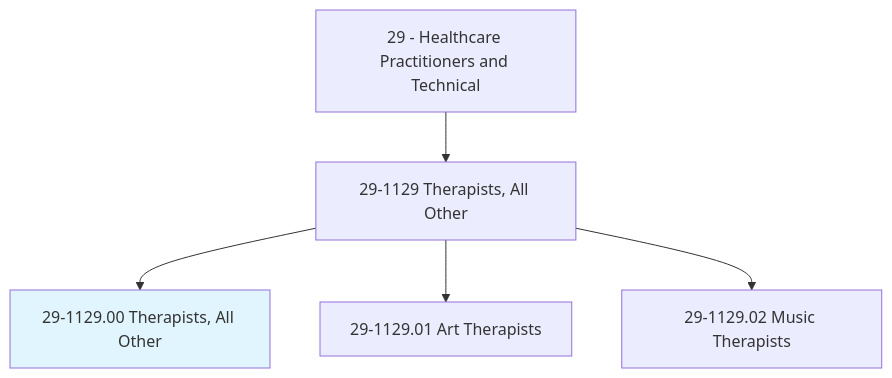
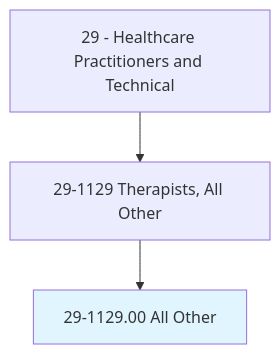
The first of 2 diagrams in occupations/HealthcarePractitioners/Therapists.mdx (kziemski/business.org.ai), drawn with Mermaid before and after one commit. The commit also changed other lines of this file and 938 other files, not shown here.

````diff
--- a/occupations/HealthcarePractitioners/Therapists.mdx
+++ b/occupations/HealthcarePractitioners/Therapists.mdx
@@ -19,8 +23,6 @@
 ```mermaid
 graph TD
     Cat29["29 - Healthcare Practitioners and Technical"] --> Group291129["29-1129 Therapists, All Other"]
-    Group291129 --> Current["29-1129.00 Therapists, All Other"]
+    Group291129 --> Current["29-1129.00 All Other"]
     style Current fill:#e1f5fe
-    Group291129 --> V29112901["29-1129.01 Art Therapists"]
-    Group291129 --> V29112902["29-1129.02 Music Therapists"]
 ```
````
